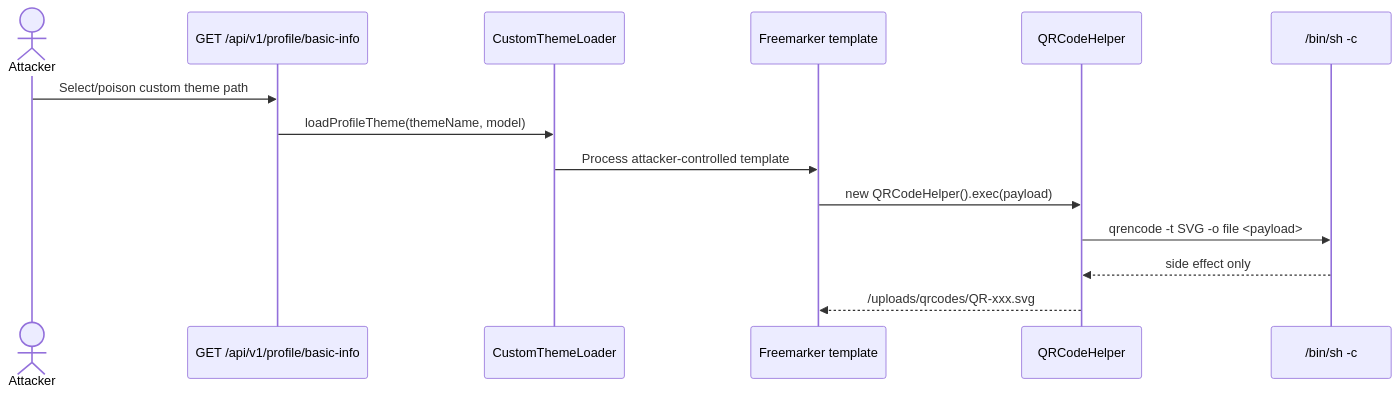
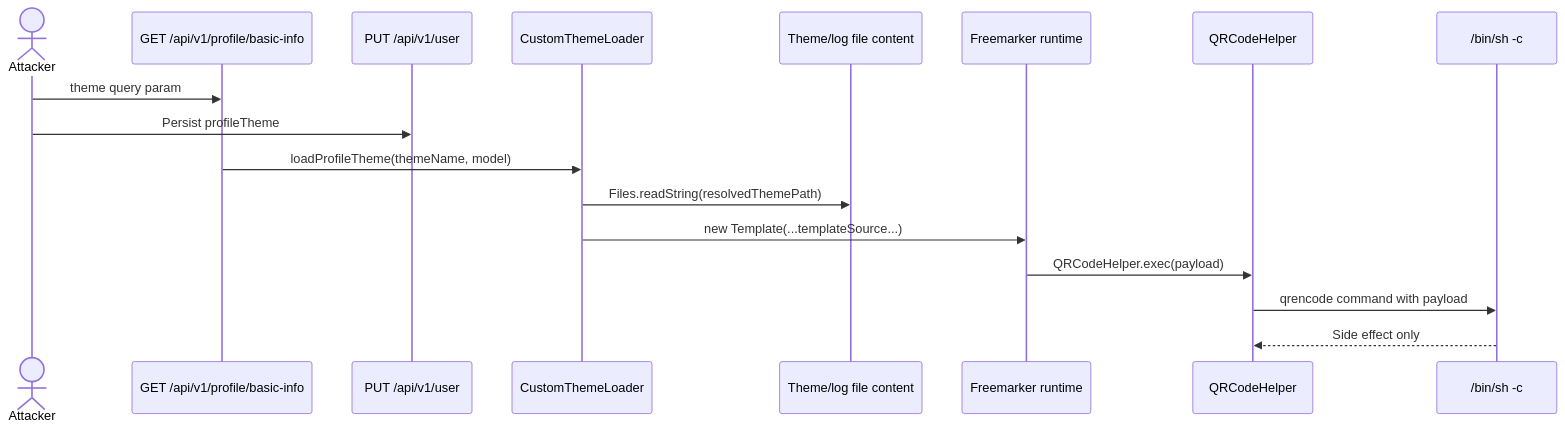
One commit to tr1la/WebLab_KTVAirline changed diagram 18 of 21 in Report/Weblab All Vulnerabilities.md. Above: the diagram before and after it, drawn with Mermaid. The commit also changed other lines of this file and 26 other files, not shown here.

````diff
--- a/Report/Weblab All Vulnerabilities.md
+++ b/Report/Weblab All Vulnerabilities.md
@@ -2327,17 +2688,20 @@
 ```mermaid
 sequenceDiagram
     actor Attacker
     participant Profile as GET /api/v1/profile/basic-info
+    participant UserAPI as PUT /api/v1/user
     participant Loader as CustomThemeLoader
-    participant FTL as Freemarker template
+    participant File as Theme/log file content
+    participant FTL as Freemarker runtime
     participant QR as QRCodeHelper
     participant Shell as /bin/sh -c
 
-    Attacker->>Profile: Select/poison custom theme path
+    Attacker->>Profile: theme query param
+    Attacker->>UserAPI: Persist profileTheme
     Profile->>Loader: loadProfileTheme(themeName, model)
-    Loader->>FTL: Process attacker-controlled template
-    FTL->>QR: new QRCodeHelper().exec(payload)
-    QR->>Shell: qrencode -t SVG -o file <payload>
-    Shell-->>QR: side effect only
-    QR-->>FTL: /uploads/qrcodes/QR-xxx.svg
+    Loader->>File: Files.readString(resolvedThemePath)
+    Loader->>FTL: new Template(...templateSource...)
+    FTL->>QR: QRCodeHelper.exec(payload)
+    QR->>Shell: qrencode command with payload
+    Shell-->>QR: Side effect only
 ```
````
